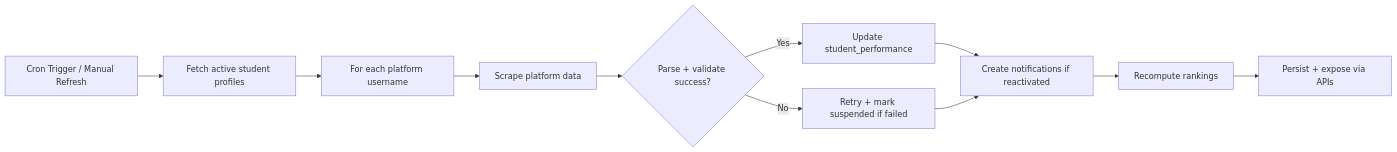
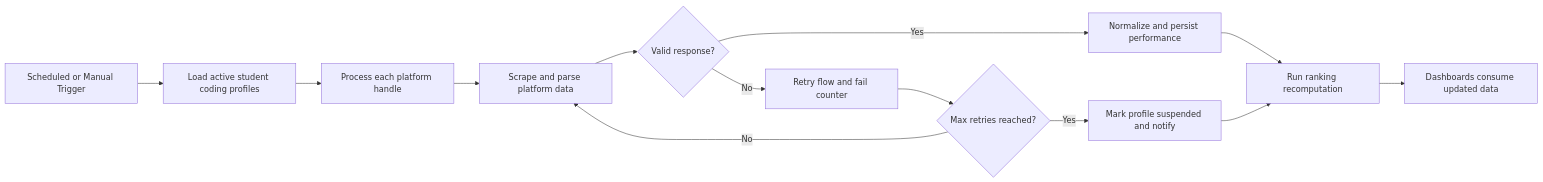
One commit to ramalokeshreddyp/code_to_win changed the third of 7 diagrams in README.md. Above: the diagram before and after it, drawn with Mermaid. The commit also changed other lines of this file and 35 other files, not shown here.

````diff
--- a/README.md
+++ b/README.md
@@ -146,13 +170,15 @@
 ```mermaid
 flowchart LR
-  A[Cron Trigger / Manual Refresh] --> B[Fetch active student profiles]
-  B --> C[For each platform username]
-  C --> D[Scrape platform data]
-  D --> E{Parse + validate success?}
-  E -->|Yes| F[Update student_performance]
-  E -->|No| G[Retry + mark suspended if failed]
-  F --> H[Create notifications if reactivated]
-  G --> H
-  H --> I[Recompute rankings]
-  I --> J[Persist + expose via APIs]
+  T[Scheduled or Manual Trigger] --> S[Load active student coding profiles]
+  S --> P[Process each platform handle]
+  P --> X[Scrape and parse platform data]
+  X --> V{Valid response?}
+  V -->|Yes| U[Normalize and persist performance]
+  V -->|No| R[Retry flow and fail counter]
+  R --> M{Max retries reached?}
+  M -->|Yes| N[Mark profile suspended and notify]
+  M -->|No| X
+  U --> Q[Run ranking recomputation]
+  N --> Q
+  Q --> D[Dashboards consume updated data]
 ```
````
